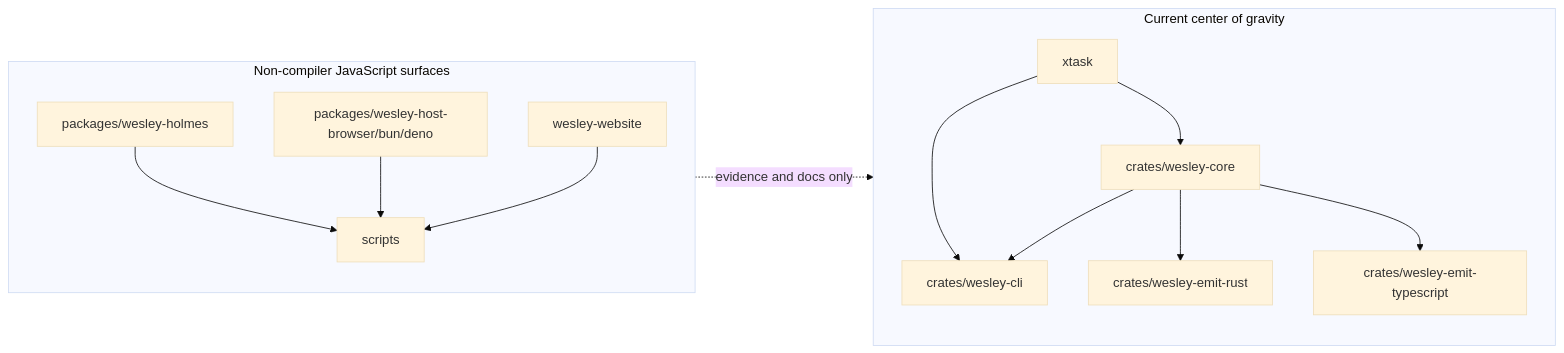
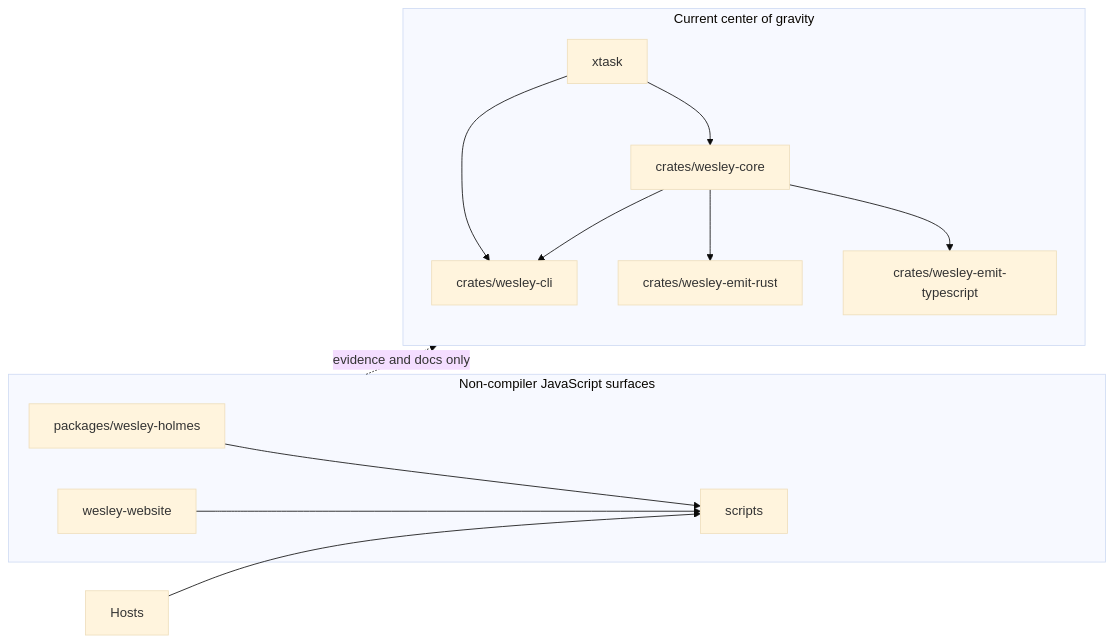
Before and after one commit to flyingrobots/wesley: the fifth of 24 diagrams in docs/END_TO_END.md, drawn with Mermaid (base theme). The commit also changed other lines of this file and 88 other files, not shown here.

````diff
--- a/docs/END_TO_END.md
+++ b/docs/END_TO_END.md
@@ -206,28 +207,27 @@
 ```mermaid
 flowchart LR
     subgraph CurrentCenter["Current center of gravity"]
         Core[crates/wesley-core]
         Cli[crates/wesley-cli]
         EmitRust[crates/wesley-emit-rust]
         EmitTS[crates/wesley-emit-typescript]
         Xtask[xtask]
     end
 
     subgraph NonCompilerJS["Non-compiler JavaScript surfaces"]
         Holmes[packages/wesley-holmes]
-        Hosts[packages/wesley-host-browser/bun/deno]
         Website[wesley-website]
         Tooling[scripts]
     end
 
     Core --> Cli
     Core --> EmitRust
     Core --> EmitTS
     Xtask --> Core
     Xtask --> Cli
     Holmes --> Tooling
     Hosts --> Tooling
     Website --> Tooling
 
     NonCompilerJS -. evidence and docs only .-> CurrentCenter
 ```
````
